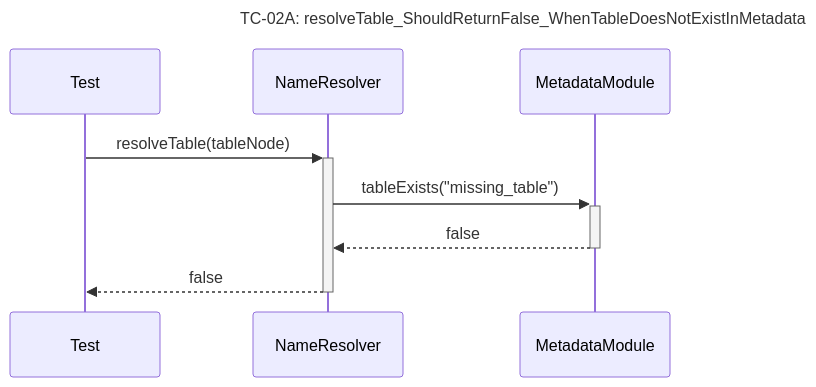
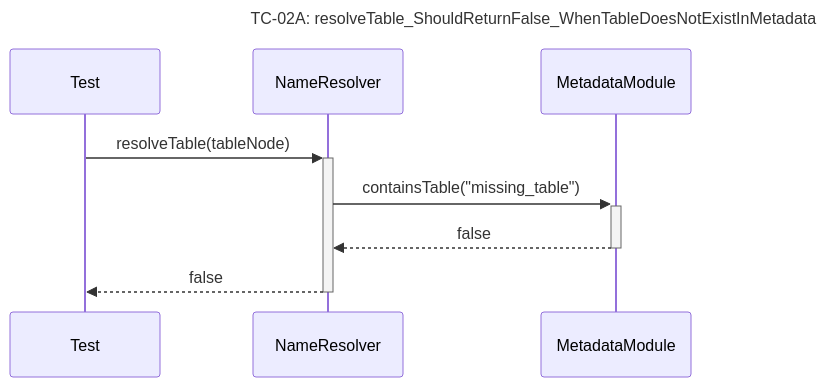
Before and after one commit to Dikhang1112/Database_Management_BBV: the seventh of 24 diagrams in docs/unit_test/query_prossor/SequeceTestCase.md, drawn with Mermaid. The commit also changed other lines of this file and 16 other files, not shown here.

````diff
--- a/docs/unit_test/query_prossor/SequeceTestCase.md
+++ b/docs/unit_test/query_prossor/SequeceTestCase.md
@@ -110,12 +107,12 @@
 ```mermaid
 sequenceDiagram
     title TC-02A: resolveTable_ShouldReturnFalse_WhenTableDoesNotExistInMetadata
     participant Test
     participant NameResolver
     participant MetadataModule
 
     Test->>+NameResolver: resolveTable(tableNode)
-    NameResolver->>+MetadataModule: tableExists("missing_table")
+    NameResolver->>+MetadataModule: containsTable("missing_table")
     MetadataModule-->>-NameResolver: false
     NameResolver-->>-Test: false
 ```
````
